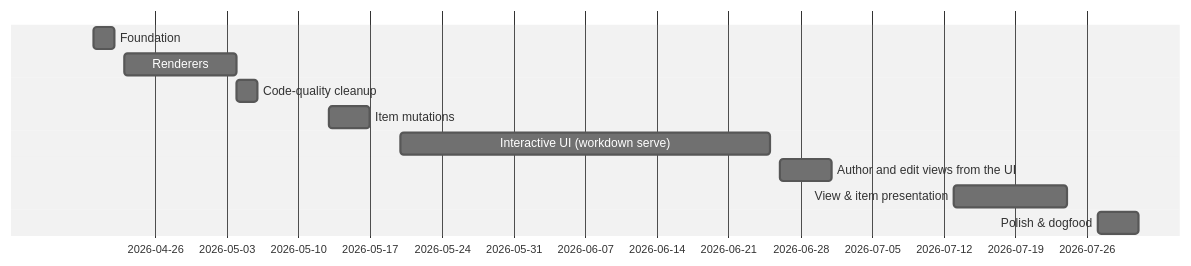
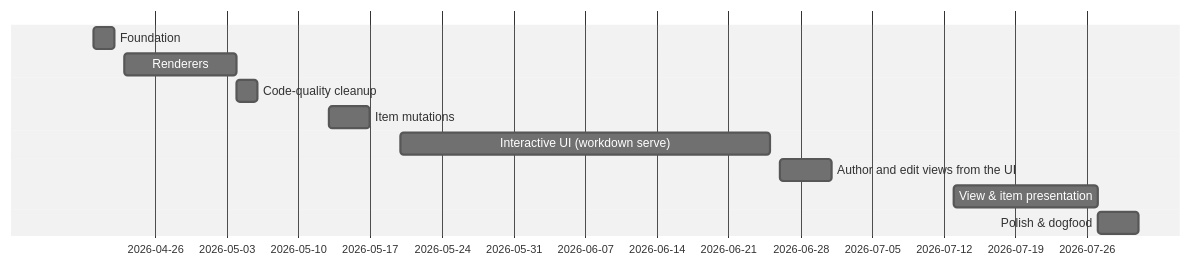
One commit to jasdefer/Workdown changed the second of 2 diagrams in views/roadmap-by-depth.md. Above: the diagram before and after it, drawn with Mermaid (neutral theme). The commit also changed 17 other files, not shown here.

````diff
--- a/views/roadmap-by-depth.md
+++ b/views/roadmap-by-depth.md
@@ -15,12 +15,12 @@
 ```mermaid
 gantt
     dateFormat YYYY-MM-DD
     Foundation :foundation, 2026-04-20, 2026-04-22
     Renderers :renderers, 2026-04-23, 2026-05-04
     Code-quality cleanup :code-quality, 2026-05-04, 2026-05-06
     Item mutations :item-mutations, 2026-05-13, 2026-05-17
     Interactive UI (workdown serve) :server, 2026-05-20, 2026-06-25
     Author and edit views from the UI :view-authoring, 2026-06-26, 2026-07-01
-    View & item presentation :view-presentation, 2026-07-13, 2026-07-24
+    View & item presentation :view-presentation, 2026-07-13, 2026-07-27
     Polish & dogfood :polish, 2026-07-27, 2026-07-31
 ```
````
